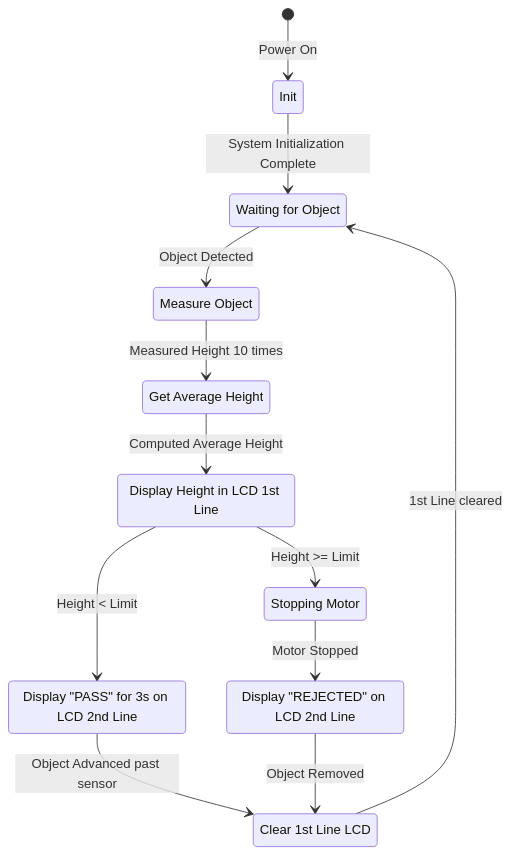
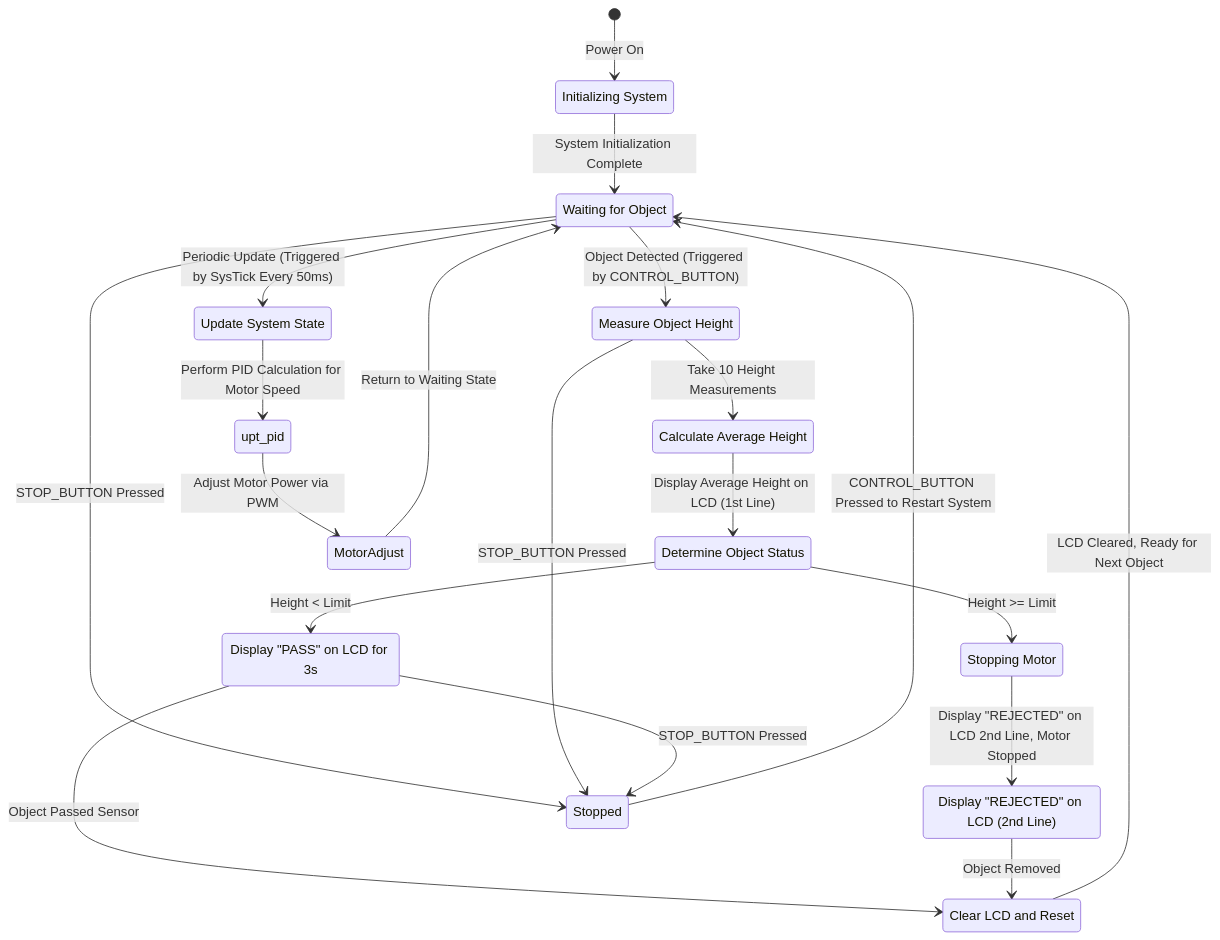
Before and after one commit to ICOMP-UNC/Team-3: the diagram in docs/state_diagram.md, drawn with Mermaid.

Commit message:
New version of state machine diagram

````diff
--- a/docs/state_diagram.md
+++ b/docs/state_diagram.md
@@ -2,29 +2,44 @@
 ``` mermaid
 stateDiagram-v2
     [*] --> Init : Power On
 
-    WFO : Waiting for Object
+    Init : Initializing System
     Init --> WFO : System Initialization Complete
 
-    Measure : Measure Object
-    WFO --> Measure : Object Detected
+    WFO : Waiting for Object
+    WFO --> Measure : Object Detected (Triggered by CONTROL_BUTTON)
 
-    Avg : Get Average Height
-    Measure --> Avg : Measured Height 10 times
+    Measure : Measure Object Height
+    Measure --> Avg : Take 10 Height Measurements
 
-    LCD : Display Height in LCD 1st Line 
-    Avg --> LCD : Computed Average Height
+    Avg : Calculate Average Height
+    Avg --> LCD : Display Average Height on LCD (1st Line)
 
-    LCDPass : Display "PASS" for 3s on LCD 2nd Line
+    LCDPass : Display "PASS" on LCD for 3s
+    LCDReject : Display "REJECTED" on LCD (2nd Line)
+
+    LCD : Determine Object Status
     LCD --> LCDPass : Height < Limit
+    LCD --> Stop : Height >= Limit
 
     Stop : Stopping Motor
-    LCDReject : Display "REJECTED" on LCD 2nd Line
-    LCD --> Stop : Height >= Limit
-    Stop --> LCDReject : Motor Stopped
+    Stop --> LCDReject : Display "REJECTED" on LCD 2nd Line, Motor Stopped
 
-    Refresh : Clear 1st Line LCD
-    LCDPass --> Refresh : Object Advanced past sensor
+    Refresh : Clear LCD and Reset
+    LCDPass --> Refresh : Object Passed Sensor
     LCDReject --> Refresh : Object Removed
-    Refresh --> WFO : 1st Line cleared
+    Refresh --> WFO : LCD Cleared, Ready for Next Object
+
+    %% Additional Branches for User Input and System Control
+    WFO --> Stopped : STOP_BUTTON Pressed
+    Measure --> Stopped : STOP_BUTTON Pressed
+    LCDPass --> Stopped : STOP_BUTTON Pressed
+    Stopped --> WFO : CONTROL_BUTTON Pressed to Restart System
+
+    %% System Update and PID Control
+    WFO --> Update : Periodic Update (Triggered by SysTick Every 50ms)
+    Update : Update System State
+    Update --> upt_pid : Perform PID Calculation for Motor Speed
+    upt_pid --> MotorAdjust : Adjust Motor Power via PWM
+    MotorAdjust --> WFO : Return to Waiting State
 ```
````
